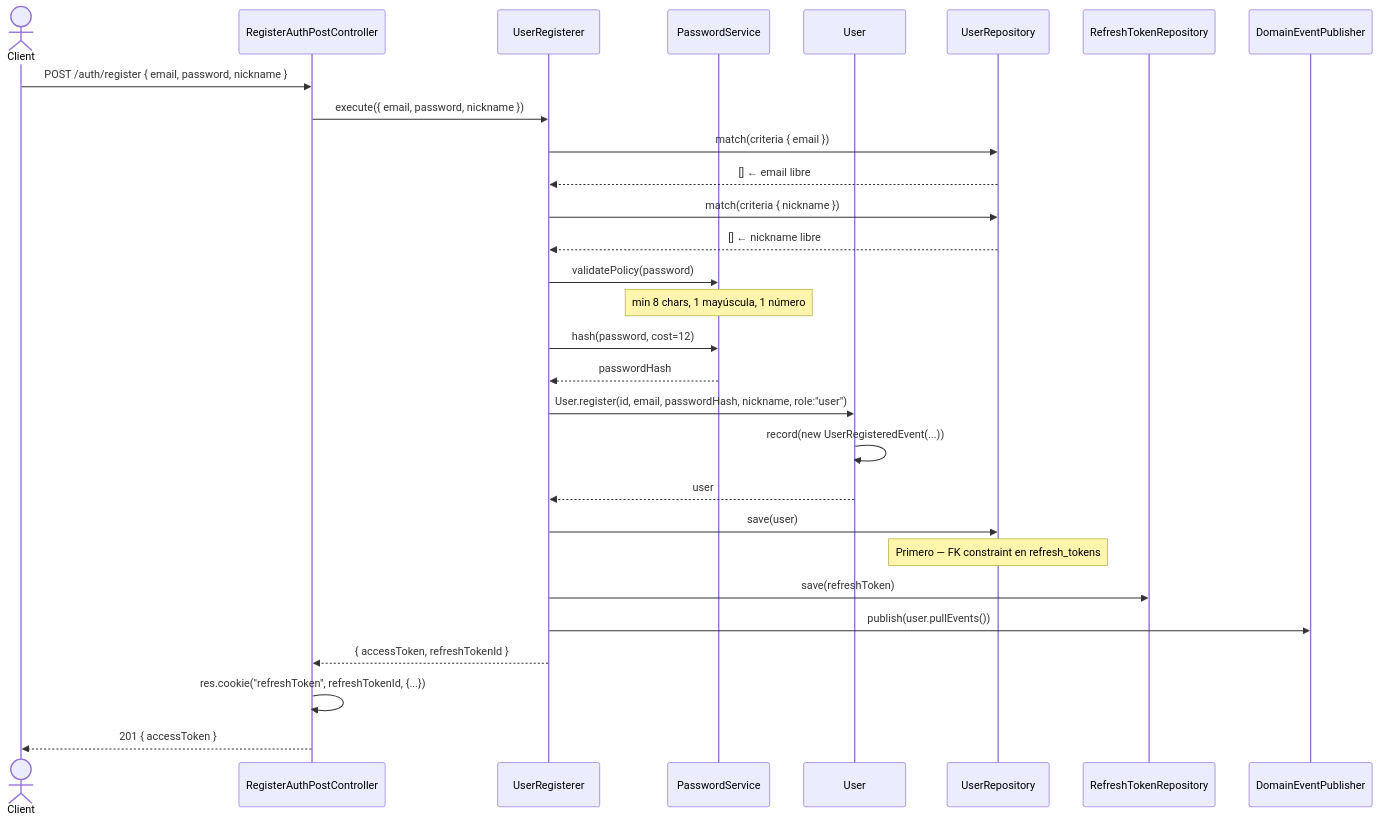
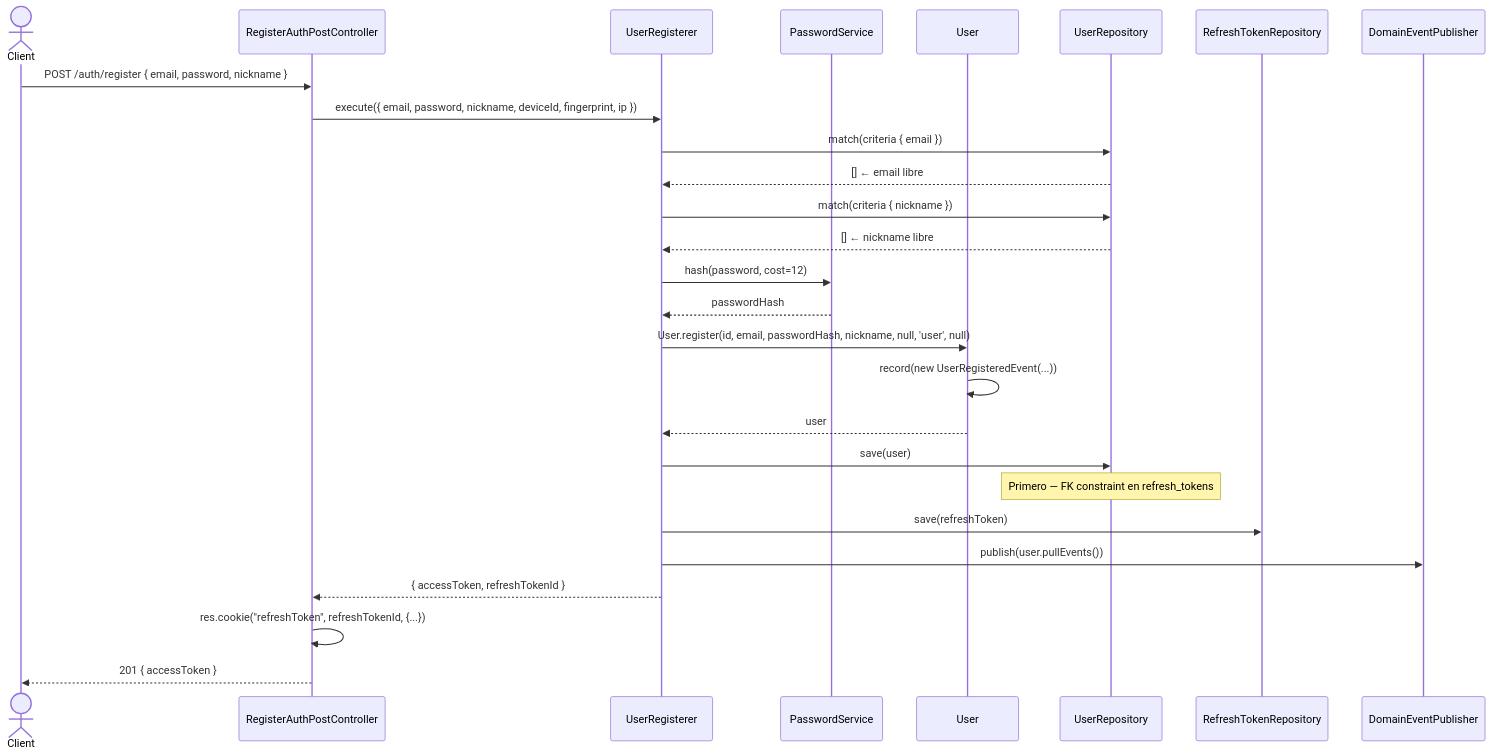
One commit to AbrahamVilchesDeLaCruz/ididntcatchthat changed the first of 2 diagrams in docs/apps/api/identity/register/sequence.md. Above: the diagram before and after it, drawn with Mermaid. The commit also changed 9 other files, not shown here.

````diff
--- a/docs/apps/api/identity/register/sequence.md
+++ b/docs/apps/api/identity/register/sequence.md
@@ -7,42 +7,39 @@
 ```mermaid
 sequenceDiagram
     actor Client
     participant C as RegisterAuthPostController
     participant UC as UserRegisterer
     participant PS as PasswordService
     participant U as User
     participant UREPO as UserRepository
     participant RTREPO as RefreshTokenRepository
     participant PUB as DomainEventPublisher
 
     Client->>C: POST /auth/register { email, password, nickname }
 
-    C->>UC: execute({ email, password, nickname })
+    C->>UC: execute({ email, password, nickname, deviceId, fingerprint, ip })
 
     UC->>UREPO: match(criteria { email })
     UREPO-->>UC: [] ← email libre
 
     UC->>UREPO: match(criteria { nickname })
     UREPO-->>UC: [] ← nickname libre
 
-    UC->>PS: validatePolicy(password)
-    Note over PS: min 8 chars, 1 mayúscula, 1 número
-
     UC->>PS: hash(password, cost=12)
     PS-->>UC: passwordHash
 
-    UC->>U: User.register(id, email, passwordHash, nickname, role:"user")
+    UC->>U: User.register(id, email, passwordHash, nickname, null, 'user', null)
     U->>U: record(new UserRegisteredEvent(...))
     U-->>UC: user
 
     UC->>UREPO: save(user)
     Note over UREPO: Primero — FK constraint en refresh_tokens
 
     UC->>RTREPO: save(refreshToken)
 
     UC->>PUB: publish(user.pullEvents())
 
     UC-->>C: { accessToken, refreshTokenId }
     C->>C: res.cookie("refreshToken", refreshTokenId, {...})
     C-->>Client: 201 { accessToken }
 ```
````
